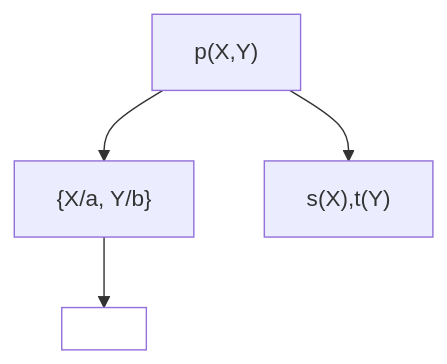
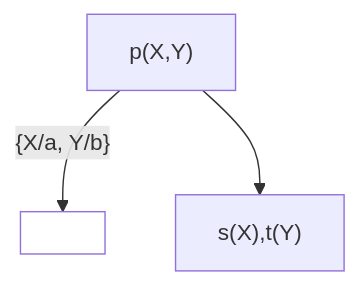
One commit to bosoninfo/Resource_AI-Prolog-Essential changed the second of 6 diagrams in Chapter07/README.md. Above: the diagram before and after it, drawn with Mermaid. The commit also changed other lines of this file, not shown here.

````diff
--- a/Chapter07/README.md
+++ b/Chapter07/README.md
@@ -381,7 +381,7 @@
 ```mermaid
 flowchart TD
-    A["p(X,Y)"] --> B["{X/a, Y/b}"] --> C[ ]
-    A --> D["s(X),t(Y)"]
-    C:::classwhite
+    A["p(X,Y)"] -- "{X/a, Y/b}" --> B[ ]
+    A --> C["s(X),t(Y)"]
+    B:::classwhite
     classDef classwhite fill:#fff
 ```
````
